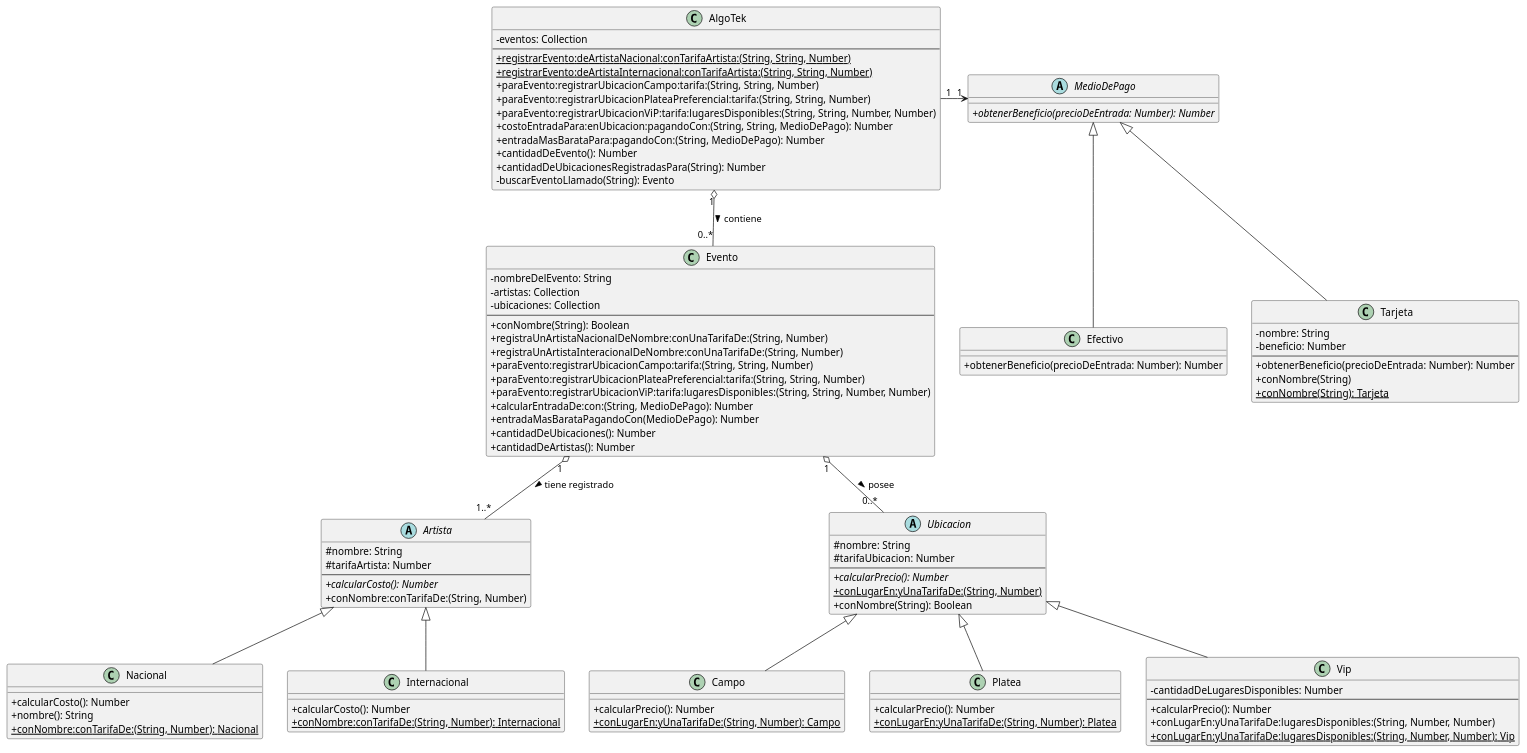
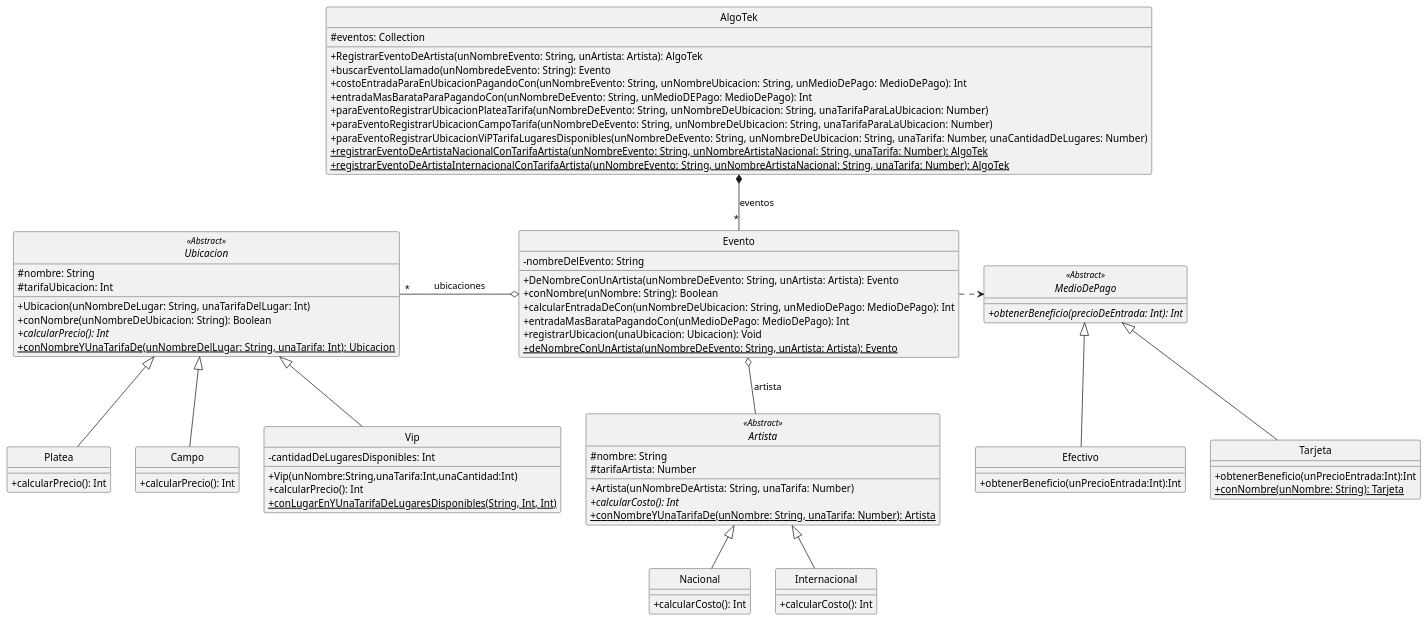
The diagram in Paradigmas de Programacion/DiagramaDeClases/EjerciciosTP1/DiagramaDeClases.puml (AleeCruz/Carpeta-FIUBA), drawn with PlantUML before and after one commit. The commit also changed 12 other files, not shown here.

```diff
--- a/Paradigmas de Programacion/DiagramaDeClases/EjerciciosTP1/DiagramaDeClases.puml
+++ b/Paradigmas de Programacion/DiagramaDeClases/EjerciciosTP1/DiagramaDeClases.puml
@@ -1,123 +1,110 @@
 @startuml
 skinparam classAttributeIconSize 0
-
+hide circle
 
 class AlgoTek {
-    -eventos: Collection
-    --
-    {static}+registrarEvento:deArtistaNacional:conTarifaArtista:(String, String, Number)
-    {static}+registrarEvento:deArtistaInternacional:conTarifaArtista:(String, String, Number)
-    +paraEvento:registrarUbicacionCampo:tarifa:(String, String, Number)
-    +paraEvento:registrarUbicacionPlateaPreferencial:tarifa:(String, String, Number)
-    +paraEvento:registrarUbicacionViP:tarifa:lugaresDisponibles:(String, String, Number, Number)
-    +costoEntradaPara:enUbicacion:pagandoCon:(String, String, MedioDePago): Number
-    +entradaMasBarataPara:pagandoCon:(String, MedioDePago): Number
-    +cantidadDeEvento(): Number
-    +cantidadDeUbicacionesRegistradasPara(String): Number
-    -buscarEventoLlamado(String): Evento
+    #eventos: Collection
+
+    +RegistrarEventoDeArtista(unNombreEvento: String, unArtista: Artista): AlgoTek
+    +buscarEventoLlamado(unNombredeEvento: String): Evento
+    +costoEntradaParaEnUbicacionPagandoCon(unNombreEvento: String, unNombreUbicacion: String, unMedioDePago: MedioDePago): Int
+    +entradaMasBarataParaPagandoCon(unNombreDeEvento: String, unMedioDEPago: MedioDePago): Int
+    +paraEventoRegistrarUbicacionPlateaTarifa(unNombreDeEvento: String, unNombreDeUbicacion: String, unaTarifaParaLaUbicacion: Number)
+    +paraEventoRegistrarUbicacionCampoTarifa(unNombreDeEvento: String, unNombreDeUbicacion: String, unaTarifaParaLaUbicacion: Number)
+    +paraEventoRegistrarUbicacionViPTarifaLugaresDisponibles(unNombreDeEvento: String, unNombreDeUbicacion: String, unaTarifa: Number, unaCantidadDeLugares: Number)
+    {static} +registrarEventoDeArtistaNacionalConTarifaArtista(unNombreEvento: String, unNombreArtistaNacional: String, unaTarifa: Number): AlgoTek
+    {static} +registrarEventoDeArtistaInternacionalConTarifaArtista(unNombreEvento: String, unNombreArtistaNacional: String, unaTarifa: Number): AlgoTek
 }
 
 class Evento {
     -nombreDelEvento: String
-    -artistas: Collection
-    -ubicaciones: Collection
-    --
-    +conNombre(String): Boolean
-    +registraUnArtistaNacionalDeNombre:conUnaTarifaDe:(String, Number)
-    +registraUnArtistaInteracionalDeNombre:conUnaTarifaDe:(String, Number)
-    +paraEvento:registrarUbicacionCampo:tarifa:(String, String, Number)
-    +paraEvento:registrarUbicacionPlateaPreferencial:tarifa:(String, String, Number)
-    +paraEvento:registrarUbicacionViP:tarifa:lugaresDisponibles:(String, String, Number, Number)
-    +calcularEntradaDe:con:(String, MedioDePago): Number
-    +entradaMasBarataPagandoCon(MedioDePago): Number
-    +cantidadDeUbicaciones(): Number
-    +cantidadDeArtistas(): Number
+
+    +DeNombreConUnArtista(unNombreDeEvento: String, unArtista: Artista): Evento
+    +conNombre(unNombre: String): Boolean
+    +calcularEntradaDeCon(unNombreDeUbicacion: String, unMedioDePago: MedioDePago): Int
+    +entradaMasBarataPagandoCon(unMedioDePago: MedioDePago): Int
+    +registrarUbicacion(unaUbicacion: Ubicacion): Void
+    {static} +deNombreConUnArtista(unNombreDeEvento: String, unArtista: Artista): Evento
 }
 
-' --- JERARQUÍA DE ARTISTA ---
+abstract Ubicacion <<Abstract>>{
+    #nombre: String
+    #tarifaUbicacion: Int
 
-abstract class Artista {
+    +Ubicacion(unNombreDeLugar: String, unaTarifaDelLugar: Int)
+    +conNombre(unNombreDeUbicacion: String): Boolean
+    {abstract}+calcularPrecio(): Int
+    {static} +conNombreYUnaTarifaDe(unNombreDelLugar: String, unaTarifa: Int): Ubicacion
+}
+
+class Platea {
+    +calcularPrecio(): Int
+}
+
+
+class Campo {
+    +calcularPrecio(): Int
+}
+
+class Vip {
+    -cantidadDeLugaresDisponibles: Int
+    
+    +Vip(unNombre:String,unaTarifa:Int,unaCantidad:Int)
+    +calcularPrecio(): Int
+    {static}+conLugarEnYUnaTarifaDeLugaresDisponibles(String, Int, Int)
+
+}
+
+abstract MedioDePago <<Abstract>> {
+    {abstract}+obtenerBeneficio(precioDeEntrada: Int): Int
+}
+
+class Efectivo {
+    +obtenerBeneficio(unPrecioEntrada:Int):Int
+}
+
+ class Tarjeta {
+    +obtenerBeneficio(unPrecioEntrada:Int):Int
+    {static} +conNombre(unNombre: String): Tarjeta
+}
+
+
+abstract Artista <<Abstract>> {
     #nombre: String
     #tarifaArtista: Number
-    --
-    +{abstract} calcularCosto(): Number
-    +conNombre:conTarifaDe:(String, Number)
+
+    +Artista(unNombreDeArtista: String, unaTarifa: Number)
+    {abstract}+calcularCosto(): Int
+    {static} +conNombreYUnaTarifaDe(unNombre: String, unaTarifa: Number): Artista
 }
 
 class Nacional {
-    +calcularCosto(): Number
-    +nombre(): String
-    {static} +conNombre:conTarifaDe:(String, Number): Nacional
+    +calcularCosto(): Int
 }
 
 class Internacional {
-    +calcularCosto(): Number
-    {static} +conNombre:conTarifaDe:(String, Number): Internacional
+    +calcularCosto(): Int
 }
 
-' --- JERARQUÍA DE UBICACIÓN ---
 
-abstract class Ubicacion {
-    #nombre: String
-    #tarifaUbicacion: Number
-    --
-    +{abstract} calcularPrecio(): Number
-    {static}+conLugarEn:yUnaTarifaDe:(String, Number)
-    +conNombre(String): Boolean
-}
 
-class Campo {
-    +calcularPrecio(): Number
-    {static} +conLugarEn:yUnaTarifaDe:(String, Number): Campo
-}
 
-class Platea {
-    +calcularPrecio(): Number
-    {static} +conLugarEn:yUnaTarifaDe:(String, Number): Platea
-}
 
-class Vip {
-    -cantidadDeLugaresDisponibles: Number
-    --
-    +calcularPrecio(): Number
-    +conLugarEn:yUnaTarifaDe:lugaresDisponibles:(String, Number, Number)
-    {static} +conLugarEn:yUnaTarifaDe:lugaresDisponibles:(String, Number, Number): Vip
-}
+' Relaciones y Multiplicidades
+AlgoTek     *-down- "*" Evento: eventos
+Evento      o-down-  Artista: artista
+Evento      o-left- "*" Ubicacion: ubicaciones
+Evento     .right.>MedioDePago
 
-' --- JERARQUÍA DE MEDIO DE PAGO ---
 
-abstract class MedioDePago {
-    +{abstract} obtenerBeneficio(precioDeEntrada: Number): Number
-}
-
-class Efectivo {
-    +obtenerBeneficio(precioDeEntrada: Number): Number
-}
-
-class Tarjeta {
-    -nombre: String
-    -beneficio: Number
-    --
-    +obtenerBeneficio(precioDeEntrada: Number): Number
-    +conNombre(String)
-    {static} +conNombre(String): Tarjeta
-}
-
-' --- RELACIONES Y MULTIPLICIDADES ---
-AlgoTek "1" -right-> "1" MedioDePago
-
-AlgoTek "1" o-- "0..*" Evento : contiene >
-Evento "1" o-- "1..*" Artista : tiene registrado >
-Evento "1" o-- "0..*" Ubicacion : posee >
-
-Artista <|-- Nacional
-Artista <|-- Internacional
-
+Ubicacion <|-- Platea
 Ubicacion <|-- Campo
-Ubicacion <|-- Platea
 Ubicacion <|-- Vip
 
 MedioDePago <|-- Efectivo
 MedioDePago <|-- Tarjeta
 
+Artista <|-- Nacional
+Artista <|-- Internacional
+
 @enduml
```
